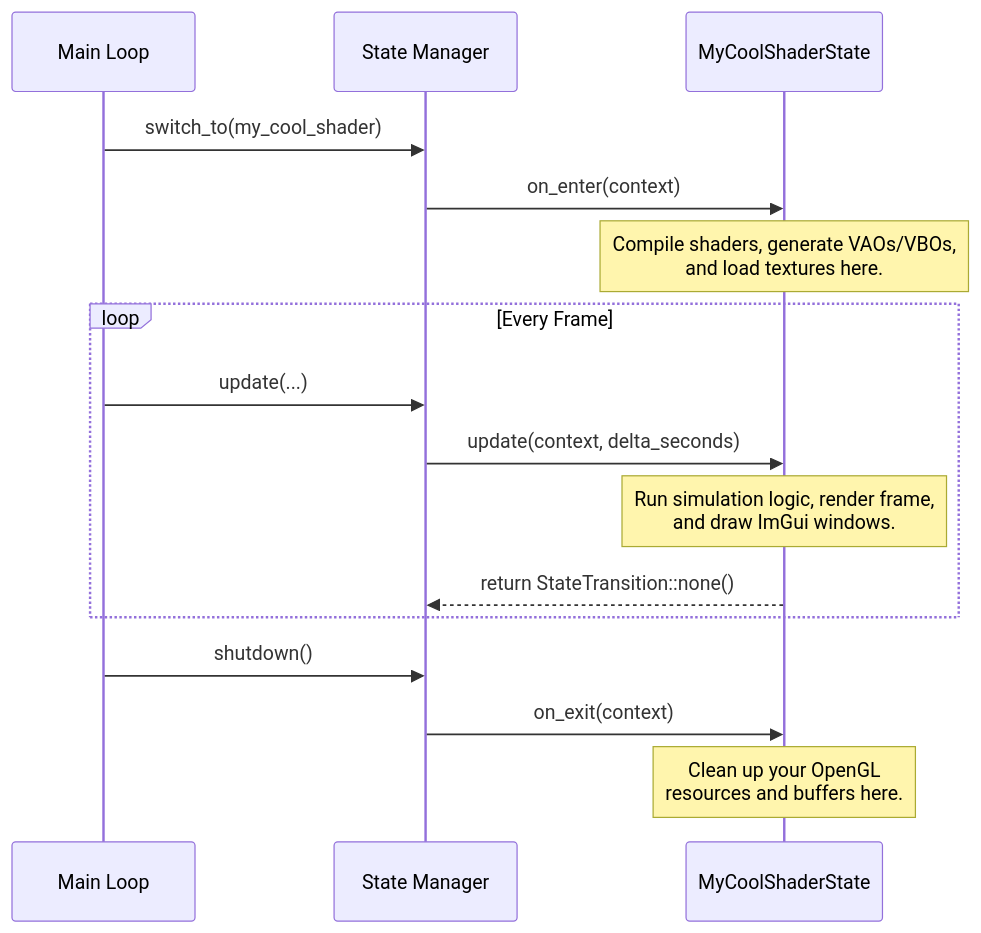
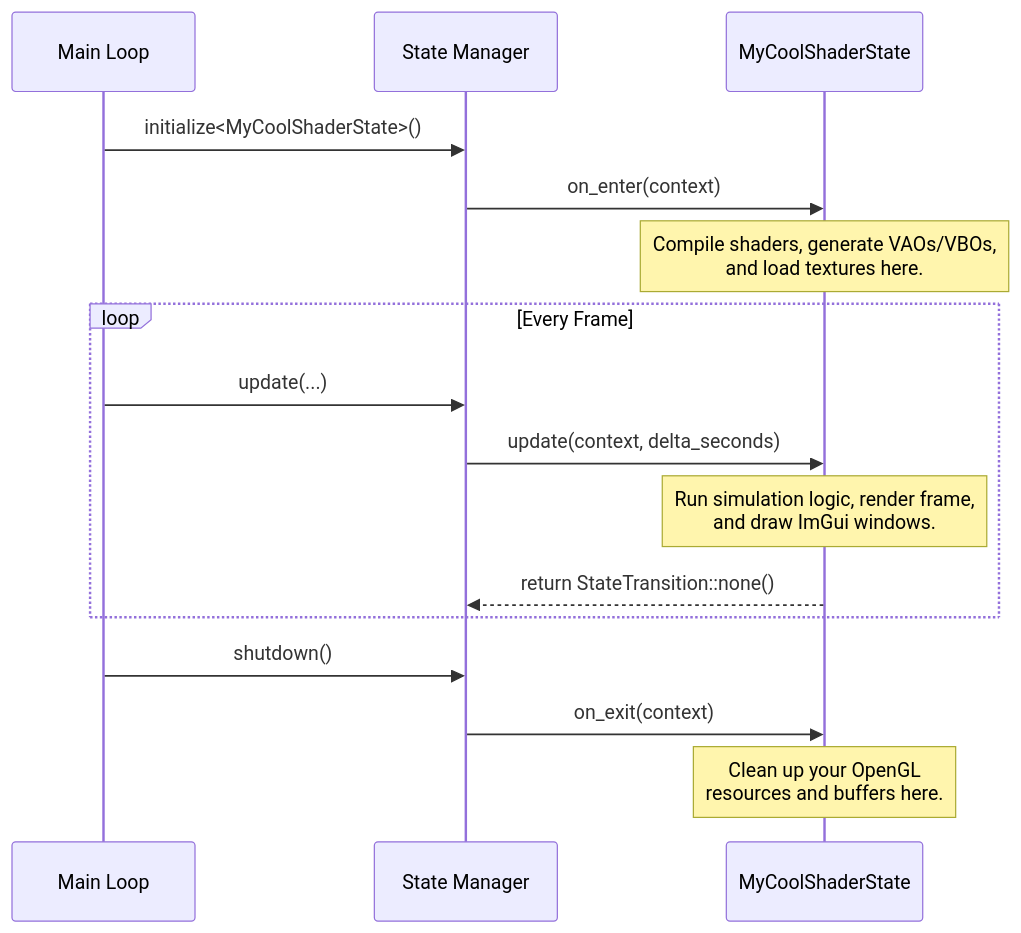
One commit to Esensats/graphics-programming-sandbox changed the second of 2 diagrams in README.md. Above: the diagram before and after it, drawn with Mermaid. The commit also changed other lines of this file and 8 other files, not shown here.

````diff
--- a/README.md
+++ b/README.md
@@ -95,21 +84,21 @@
 ```mermaid
 sequenceDiagram
     participant MainLoop as Main Loop
     participant StateManager as State Manager
     participant State as MyCoolShaderState
 
-    MainLoop->>StateManager: switch_to(my_cool_shader)
+    MainLoop->>StateManager: initialize<MyCoolShaderState>()
     StateManager->>State: on_enter(context)
     Note over State: Compile shaders, generate VAOs/VBOs,<br/>and load textures here.
-    
+
     loop Every Frame
         MainLoop->>StateManager: update(...)
         StateManager->>State: update(context, delta_seconds)
         Note over State: Run simulation logic, render frame,<br/>and draw ImGui windows.
         State-->>StateManager: return StateTransition::none()
     end
-    
+
     MainLoop->>StateManager: shutdown()
     StateManager->>State: on_exit(context)
     Note over State: Clean up your OpenGL<br/>resources and buffers here.
 ```
````
